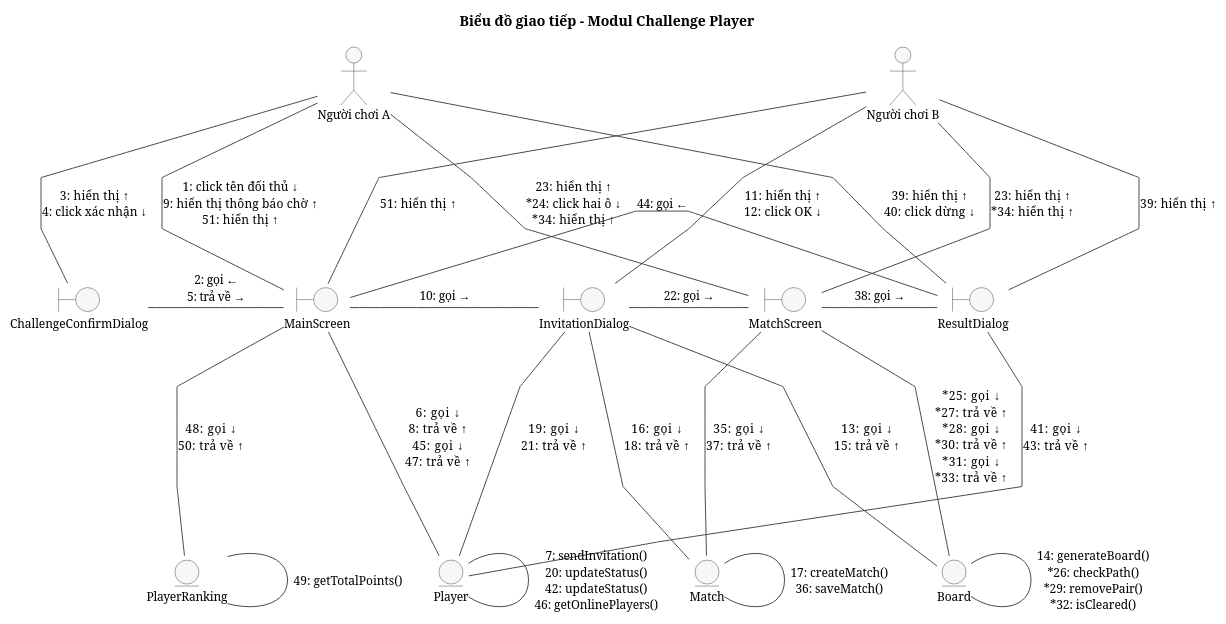
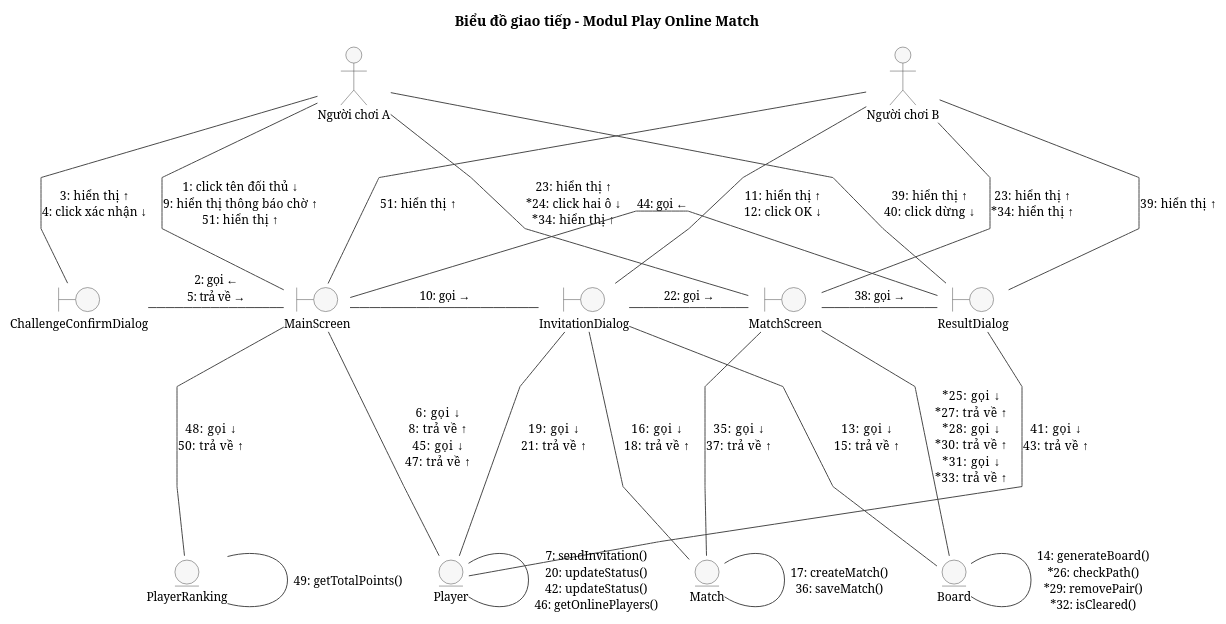
Before and after one commit to VattenL/mobile-pikachu: the diagram in docs/uml/pha2/comm-m3.puml, drawn with PlantUML. The commit also changed 46 other files, not shown here.

```diff
--- a/docs/uml/pha2/comm-m3.puml
+++ b/docs/uml/pha2/comm-m3.puml
@@ -1,65 +1,65 @@
 @startuml comm-m3
-title Biểu đồ giao tiếp - Modul Challenge Player
+title Biểu đồ giao tiếp - Modul Play Online Match
 
 skinparam shadowing false
 skinparam linetype polyline
 skinparam nodesep 60
 skinparam ranksep 110
 skinparam defaultFontSize 12
 skinparam ArrowColor #4A4A4A
 skinparam actor {
   BackgroundColor #F7F7F7
   BorderColor #4A4A4A
 }
 skinparam boundary {
   BackgroundColor #F7F7F7
   BorderColor #4A4A4A
 }
 skinparam entity {
   BackgroundColor #F7F7F7
   BorderColor #4A4A4A
 }
 
 actor "Người chơi B" as B
 actor "Người chơi A" as A
 
 boundary ChallengeConfirmDialog
 boundary MainScreen
 boundary InvitationDialog
 boundary MatchScreen
 boundary ResultDialog
 
 entity Player
 entity PlayerRanking
 entity Match
 entity Board
 
 A -down- MainScreen : "1: click tên đối thủ ↓\n9: hiển thị thông báo chờ ↑\n51: hiển thị ↑"
 A -down- ChallengeConfirmDialog : "3: hiển thị ↑\n4: click xác nhận ↓"
 B -down- MainScreen : "51: hiển thị ↑"
 B -down- InvitationDialog : "11: hiển thị ↑\n12: click OK ↓"
 A -down- MatchScreen : "23: hiển thị ↑\n<U+002A>24: click hai ô ↓\n<U+002A>34: hiển thị ↑"
 B -down- MatchScreen : "23: hiển thị ↑\n<U+002A>34: hiển thị ↑"
 A -down- ResultDialog : "39: hiển thị ↑\n40: click dừng ↓"
 B -down- ResultDialog : "39: hiển thị ↑"
 
 ChallengeConfirmDialog -right- MainScreen : "2: gọi ←\n5: trả về →"
 MainScreen -right- InvitationDialog : "10: gọi →"
 InvitationDialog -right- MatchScreen : "22: gọi →"
 MatchScreen -right- ResultDialog : "38: gọi →"
 ResultDialog -[norank]- MainScreen : "44: gọi ←"
 
 MainScreen -down- Player : "6: gọi ↓\n8: trả về ↑\n45: gọi ↓\n47: trả về ↑"
 MainScreen -down- PlayerRanking : "48: gọi ↓\n50: trả về ↑"
 InvitationDialog -down- Board : "13: gọi ↓\n15: trả về ↑"
 InvitationDialog -down- Match : "16: gọi ↓\n18: trả về ↑"
 InvitationDialog -down- Player : "19: gọi ↓\n21: trả về ↑"
 MatchScreen -down- Board : "<U+002A>25: gọi ↓\n<U+002A>27: trả về ↑\n<U+002A>28: gọi ↓\n<U+002A>30: trả về ↑\n<U+002A>31: gọi ↓\n<U+002A>33: trả về ↑"
 MatchScreen -down- Match : "35: gọi ↓\n37: trả về ↑"
 ResultDialog -down- Player : "41: gọi ↓\n43: trả về ↑"
 
 Player -[norank]- Player : "7: sendInvitation()\n20: updateStatus()\n42: updateStatus()\n46: getOnlinePlayers()"
 PlayerRanking -[norank]- PlayerRanking : "49: getTotalPoints()"
 Match -[norank]- Match : "17: createMatch()\n36: saveMatch()"
 Board -[norank]- Board : "14: generateBoard()\n<U+002A>26: checkPath()\n<U+002A>29: removePair()\n<U+002A>32: isCleared()"
 @enduml
```
